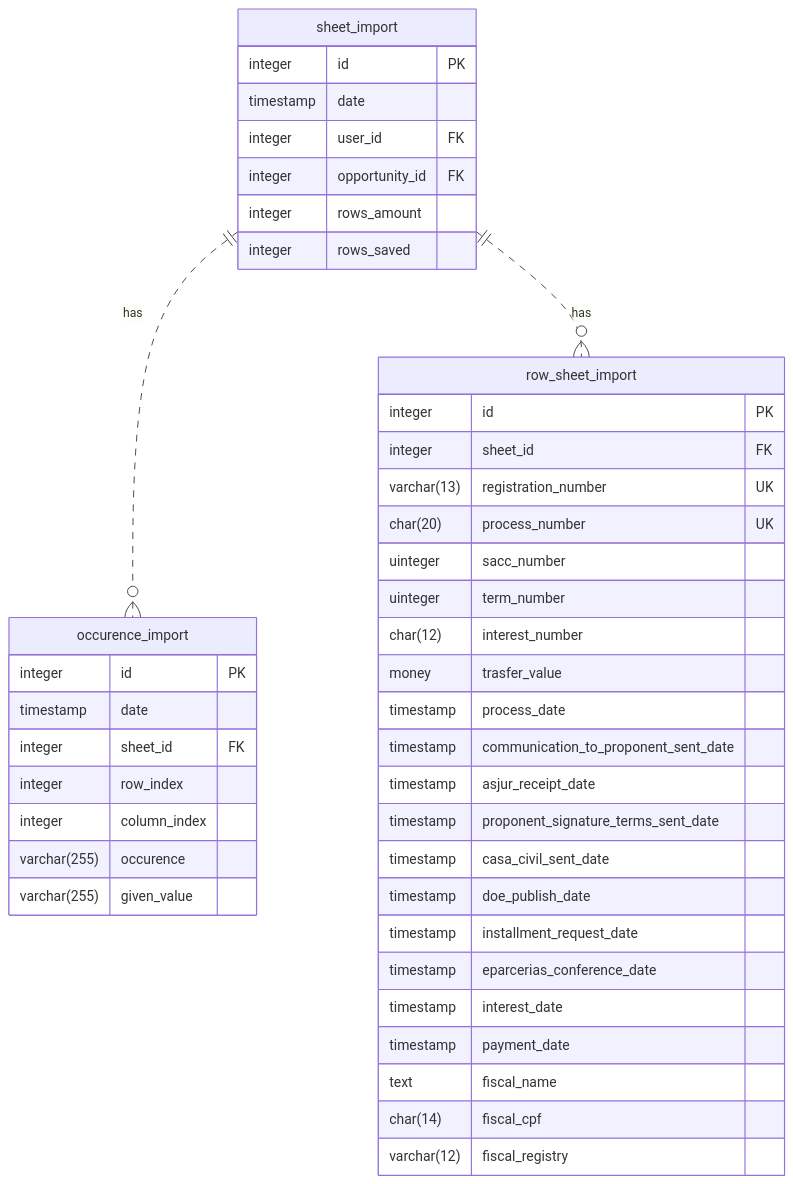
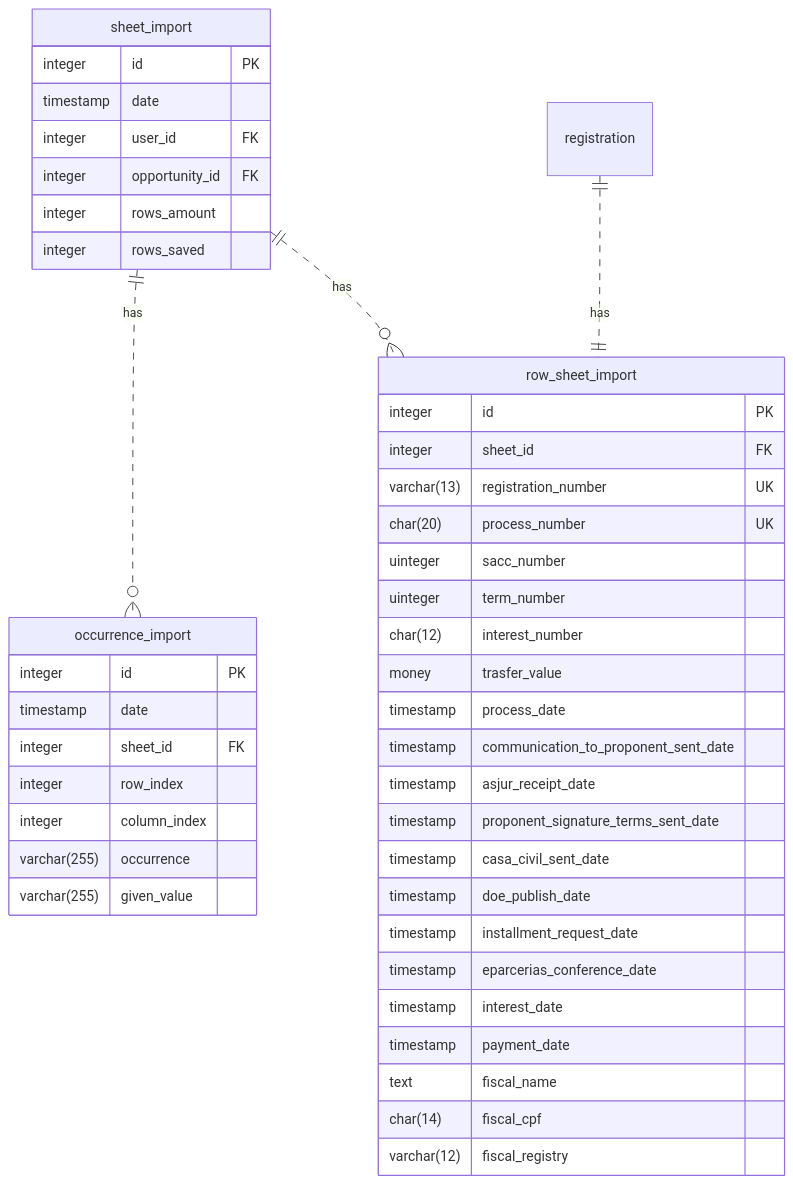
The diagram in README.md (secultce/plugin-BigSheetImporter), drawn with Mermaid before and after one commit.

Commit message:
docs(fix): Atualizando DER

````diff
--- a/README.md
+++ b/README.md
@@ -7,46 +7,47 @@
 ```mermaid
 erDiagram
 s ||..o{ o : has
 s ||..o{ r : has
+registration ||..|| r : has
 
 s[sheet_import]{
     integer       id                      PK
     timestamp     date
     integer       user_id                 FK
     integer       opportunity_id          FK
     integer       rows_amount
     integer       rows_saved
 }
-o[occurence_import]{
+o[occurrence_import]{
     integer       id                      PK
     timestamp     date
     integer       sheet_id                FK
     integer       row_index
     integer       column_index
-    varchar(255)  occurence
+    varchar(255)  occurrence
     varchar(255)  given_value
 }
 r[row_sheet_import]{
     integer       id                      PK
     integer       sheet_id                FK
     varchar(13)   registration_number     UK
     char(20)      process_number          UK
     uinteger      sacc_number
     uinteger      term_number
     char(12)      interest_number
     money         trasfer_value
     timestamp     process_date
     timestamp     communication_to_proponent_sent_date
     timestamp     asjur_receipt_date
     timestamp     proponent_signature_terms_sent_date
     timestamp     casa_civil_sent_date
     timestamp     doe_publish_date
     timestamp     installment_request_date
     timestamp     eparcerias_conference_date
     timestamp     interest_date
     timestamp     payment_date
     text          fiscal_name
     char(14)      fiscal_cpf
     varchar(12)   fiscal_registry
 }
 ```
````
